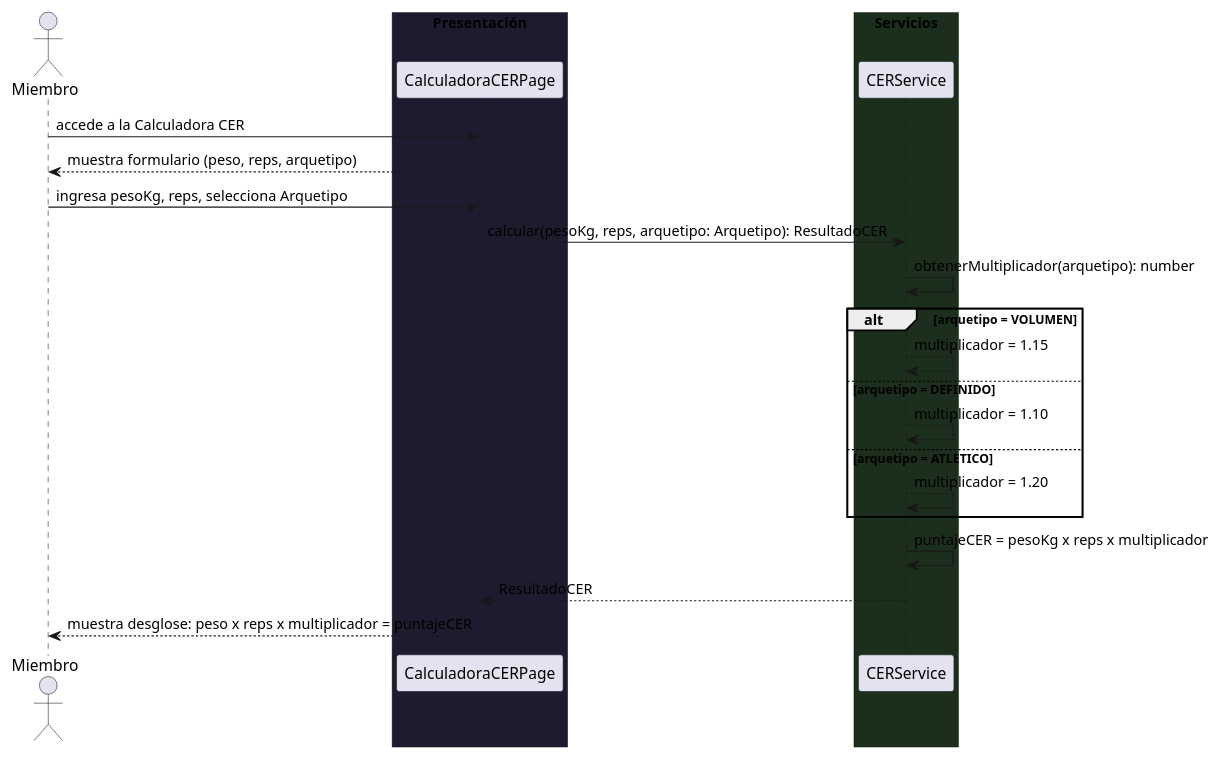
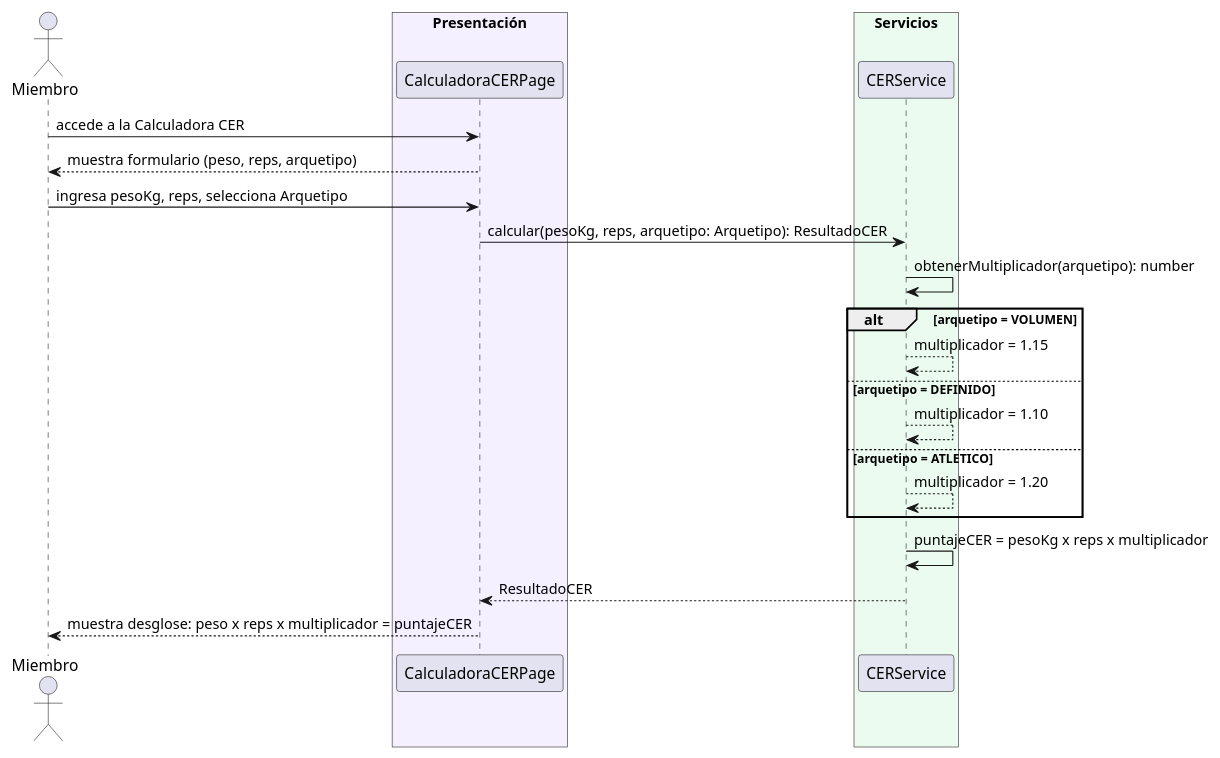
Before and after one commit to nicolassepulveda13/SAP: the third of 8 diagrams in silverback/docs/secuencias-cu003-cu004.md, drawn with PlantUML. The commit also changed other lines of this file and 9 other files, not shown here.

First line of the commit message:
docs: diagrama de clases en 5 capas (general + uno por capa) y colores claros en secuencias

````diff
--- a/silverback/docs/secuencias-cu003-cu004.md
+++ b/silverback/docs/secuencias-cu003-cu004.md
@@ -204,34 +204,34 @@
 ```plantuml
 @startuml CU-003-003
 
 actor Miembro
 
-box "Presentación" #1C1C2E
+box "Presentación" #F5F0FF
   participant "CalculadoraCERPage" as Page
 end box
 
-box "Servicios" #1C2E1C
+box "Servicios" #EBFBF0
   participant "CERService" as Svc
 end box
 
 Miembro -> Page: accede a la Calculadora CER
 Page --> Miembro: muestra formulario (peso, reps, arquetipo)
 
 Miembro -> Page: ingresa pesoKg, reps, selecciona Arquetipo
 Page -> Svc: calcular(pesoKg, reps, arquetipo: Arquetipo): ResultadoCER
 Svc -> Svc: obtenerMultiplicador(arquetipo): number
 
 alt arquetipo = VOLUMEN
     Svc --> Svc: multiplicador = 1.15
 else arquetipo = DEFINIDO
     Svc --> Svc: multiplicador = 1.10
 else arquetipo = ATLETICO
     Svc --> Svc: multiplicador = 1.20
 end
 
 Svc -> Svc: puntajeCER = pesoKg x reps x multiplicador
 Svc --> Page: ResultadoCER
 Page --> Miembro: muestra desglose: peso x reps x multiplicador = puntajeCER
 
 @enduml
 ```
````
